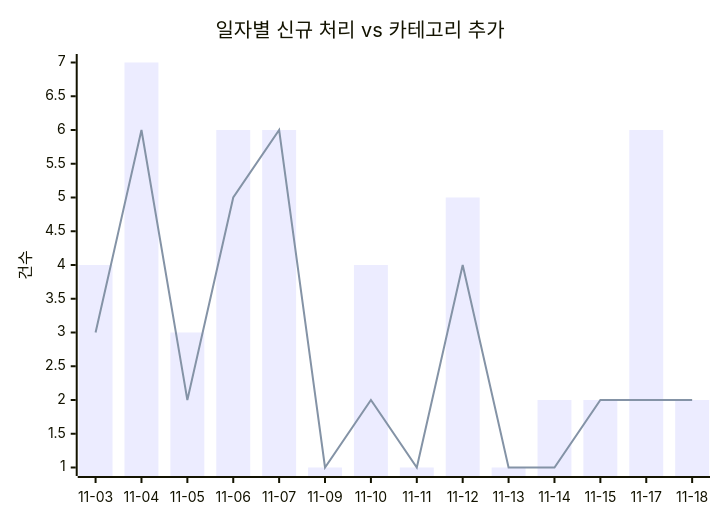
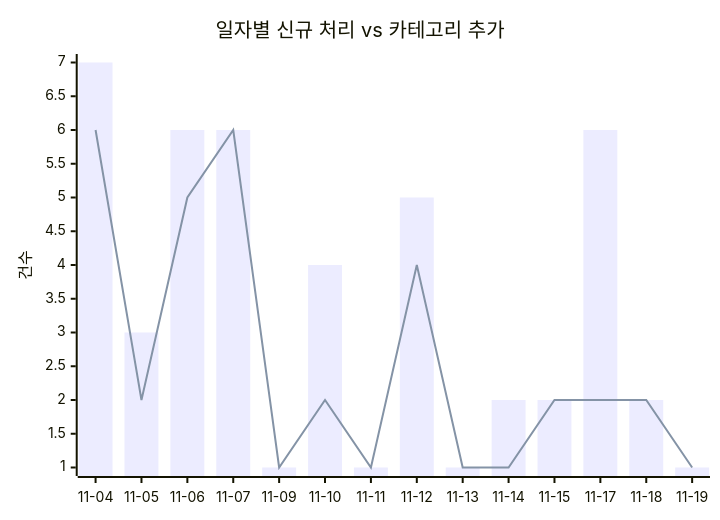
One commit to J-nowcow/awesome-korean-agent-skills changed the first of 2 diagrams in docs/trends.md. Above: the diagram before and after it, drawn with Mermaid. The commit also changed other lines of this file and 28 other files, not shown here.

````diff
--- a/docs/trends.md
+++ b/docs/trends.md
@@ -32,8 +32,8 @@
 ```mermaid
 xychart-beta
     title "일자별 신규 처리 vs 카테고리 추가"
-    x-axis ["11-03","11-04","11-05","11-06","11-07","11-09","11-10","11-11","11-12","11-13","11-14","11-15","11-17","11-18"]
+    x-axis ["11-04","11-05","11-06","11-07","11-09","11-10","11-11","11-12","11-13","11-14","11-15","11-17","11-18","11-19"]
     y-axis "건수"
-    bar [4,7,3,6,6,1,4,1,5,1,2,2,6,2]
-    line [3,6,2,5,6,1,2,1,4,1,1,2,2,2]
+    bar [7,3,6,6,1,4,1,5,1,2,2,6,2,1]
+    line [6,2,5,6,1,2,1,4,1,1,2,2,2,1]
 ```
````
